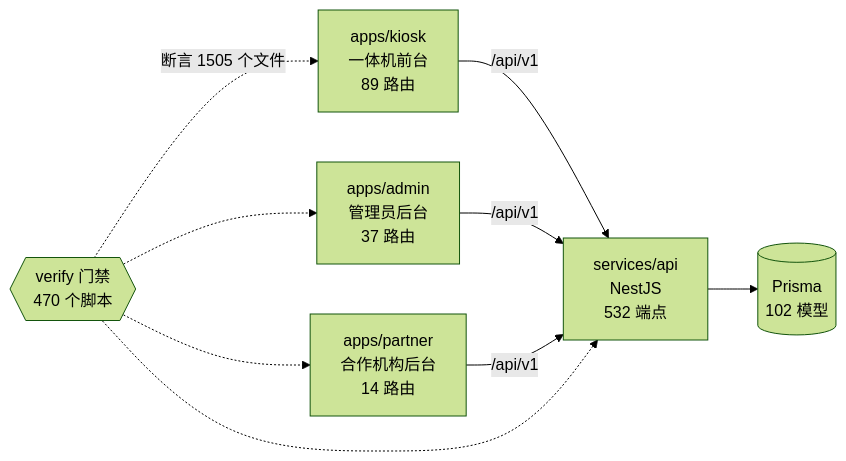
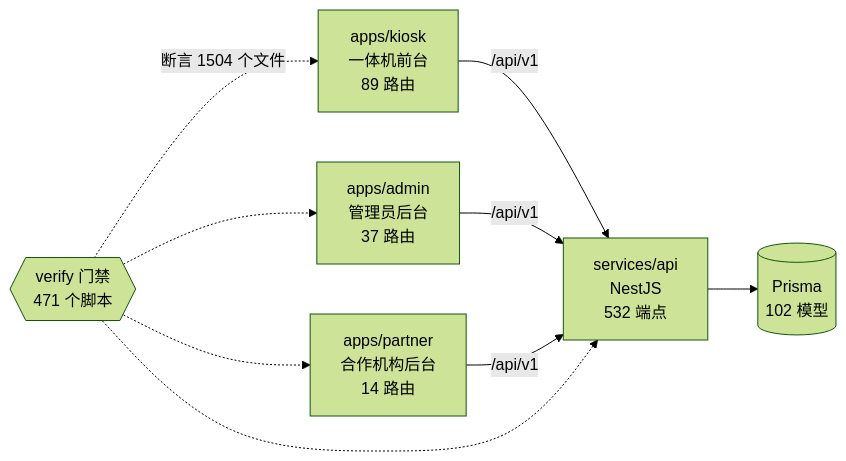
One commit to wanglei581/YITIJI changed the diagram in docs/graph/README.md. Above: the diagram before and after it, drawn with Mermaid (forest theme). The commit also changed other lines of this file and 24 other files, not shown here.

````diff
--- a/docs/graph/README.md
+++ b/docs/graph/README.md
@@ -68,18 +68,18 @@
 ```mermaid
 flowchart LR
   kiosk["apps/kiosk<br/>一体机前台<br/>89 路由"]
   admin["apps/admin<br/>管理员后台<br/>37 路由"]
   partner["apps/partner<br/>合作机构后台<br/>14 路由"]
   api["services/api<br/>NestJS<br/>532 端点"]
   db[("Prisma<br/>102 模型")]
-  gates{{"verify 门禁<br/>470 个脚本"}}
+  gates{{"verify 门禁<br/>471 个脚本"}}
 
   kiosk -->|"/api/v1"| api
   admin -->|"/api/v1"| api
   partner -->|"/api/v1"| api
   api --> db
-  gates -.->|"断言 1505 个文件"| kiosk
+  gates -.->|"断言 1504 个文件"| kiosk
   gates -.-> admin
   gates -.-> partner
   gates -.-> api
 ```
````
